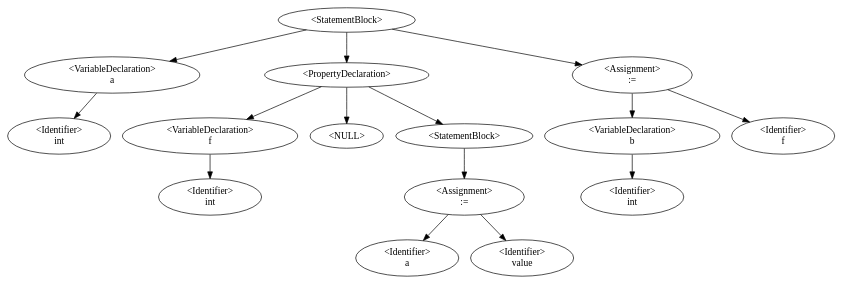
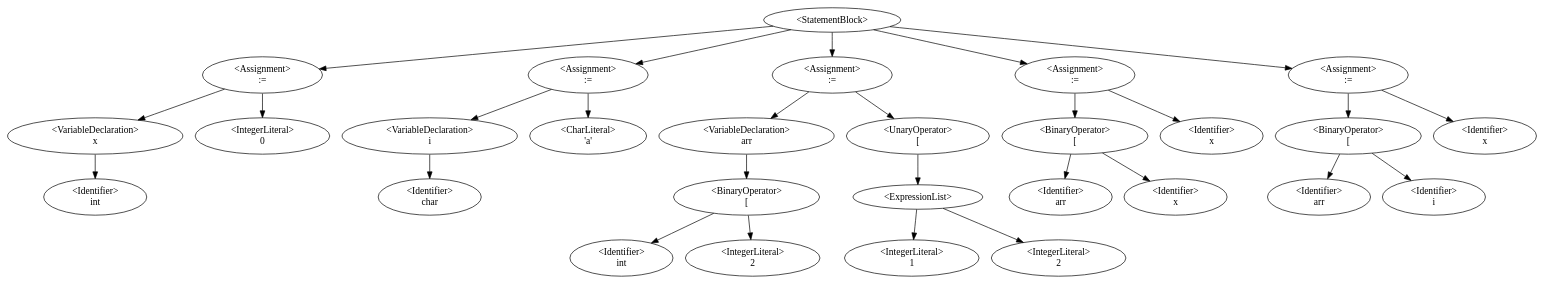
Before and after one commit to QazmoQwerty/dino: the diagram in Dino/Dino/AstDisplay.gv, drawn with Graphviz. The commit also changed 4 other files, not shown here.

```diff
--- a/Dino/Dino/AstDisplay.gv
+++ b/Dino/Dino/AstDisplay.gv
@@ -1,16 +1,30 @@
 digraph G {
-0 [label="<StatementBlock>"];0->2;0->5;0->12;
-2 [label="<VariableDeclaration>\na"];2->1;
+0 [label="<StatementBlock>"];0->3;0->7;0->13;0->21;0->26;
+3 [label="<Assignment>\n:="];3->2;3->4;
+2 [label="<VariableDeclaration>\nx"];2->1;
 1 [label="<Identifier>\nint"];
-5 [label="<PropertyDeclaration>"];5->4;5->-1;-1 [label="<NULL>"];5->6;
-4 [label="<VariableDeclaration>\nf"];4->3;
-3 [label="<Identifier>\nint"];
-6 [label="<StatementBlock>"];6->8;
-8 [label="<Assignment>\n:="];8->7;8->9;
-7 [label="<Identifier>\na"];
-9 [label="<Identifier>\nvalue"];
-12 [label="<Assignment>\n:="];12->11;12->13;
-11 [label="<VariableDeclaration>\nb"];11->10;
-10 [label="<Identifier>\nint"];
-13 [label="<Identifier>\nf"];
+4 [label="<IntegerLiteral>\n0"];
+7 [label="<Assignment>\n:="];7->6;7->8;
+6 [label="<VariableDeclaration>\ni"];6->5;
+5 [label="<Identifier>\nchar"];
+8 [label="<CharLiteral>\n'a'"];
+13 [label="<Assignment>\n:="];13->12;13->14;
+12 [label="<VariableDeclaration>\narr"];12->10;
+10 [label="<BinaryOperator>\n["];10->9;10->11;
+9 [label="<Identifier>\nint"];
+11 [label="<IntegerLiteral>\n2"];
+14 [label="<UnaryOperator>\n["];14->16;
+16 [label="<ExpressionList>"];16->15;16->17;
+15 [label="<IntegerLiteral>\n1"];
+17 [label="<IntegerLiteral>\n2"];
+21 [label="<Assignment>\n:="];21->19;21->22;
+19 [label="<BinaryOperator>\n["];19->18;19->20;
+18 [label="<Identifier>\narr"];
+20 [label="<Identifier>\nx"];
+22 [label="<Identifier>\nx"];
+26 [label="<Assignment>\n:="];26->24;26->27;
+24 [label="<BinaryOperator>\n["];24->23;24->25;
+23 [label="<Identifier>\narr"];
+25 [label="<Identifier>\ni"];
+27 [label="<Identifier>\nx"];
 }
```
